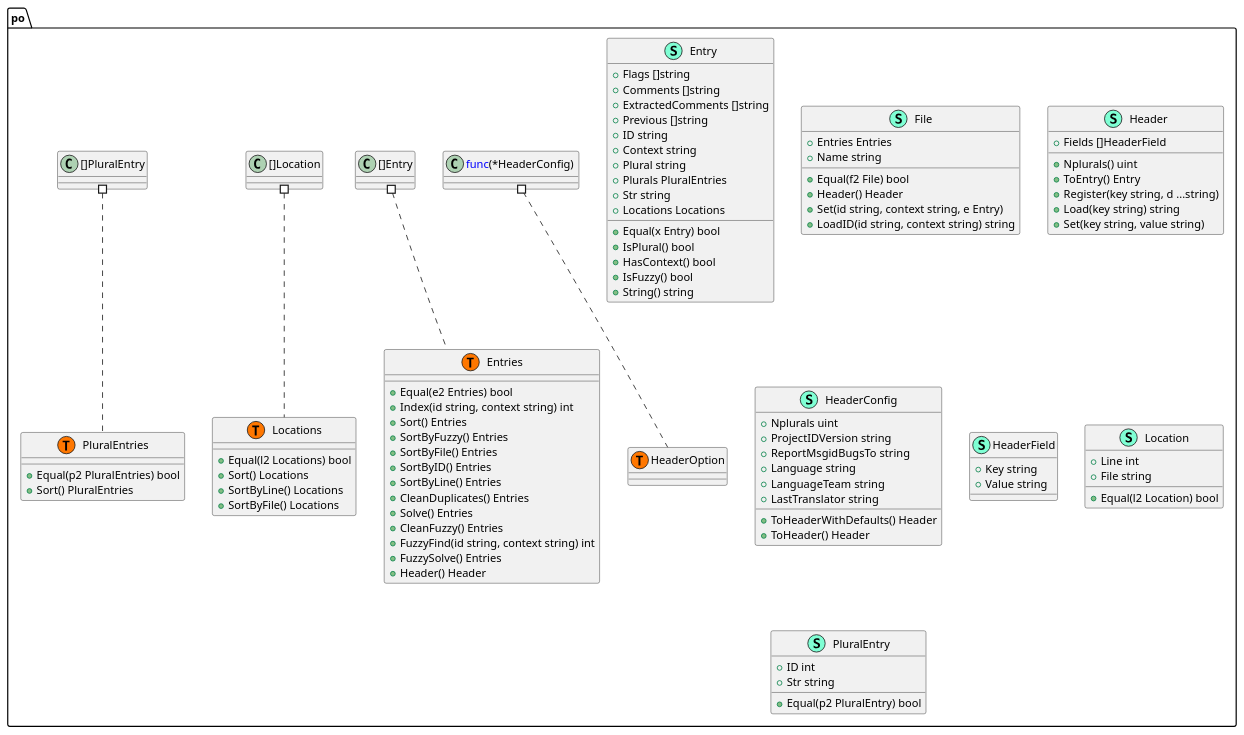
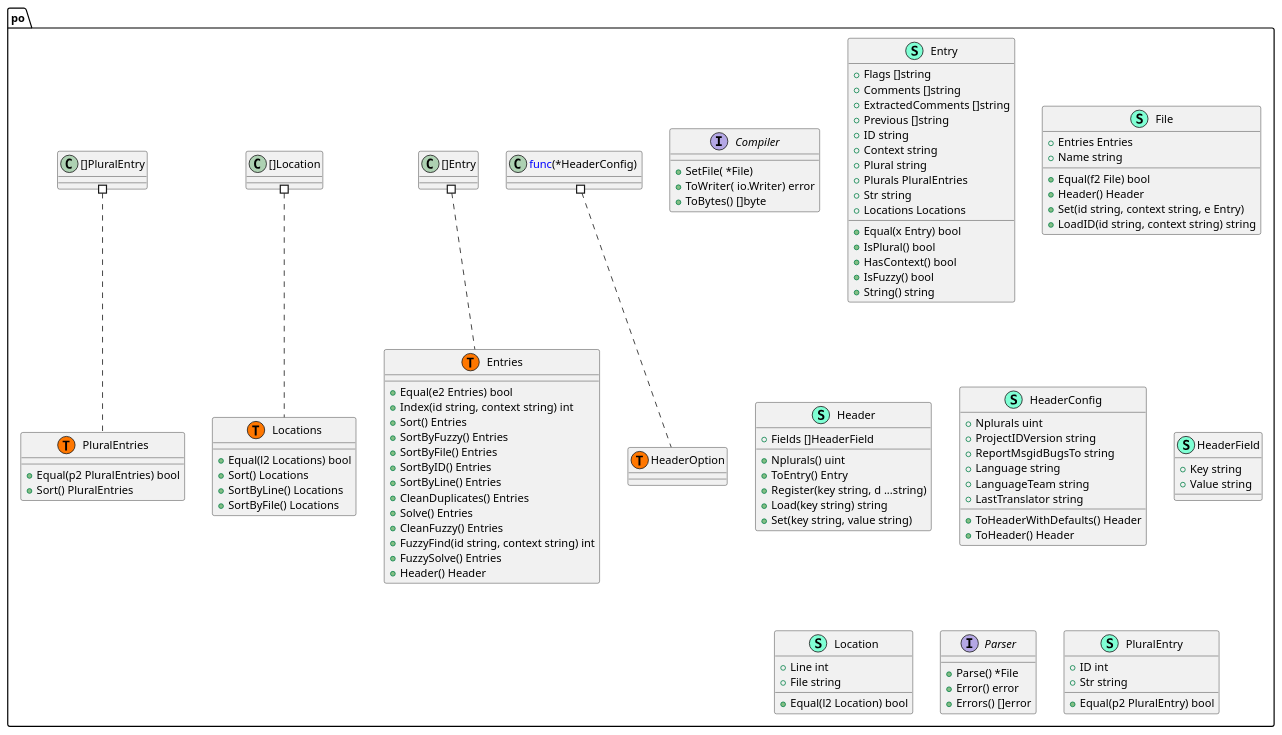
The diagram in pkg/po/structure.puml (Tom5521/gotext-tools), drawn with PlantUML before and after one commit. The commit also changed 8 other files, not shown here.

Commit message:
docs: Update UML files

```diff
--- a/pkg/po/structure.puml
+++ b/pkg/po/structure.puml
@@ -1,116 +1,128 @@
 @startuml
 namespace po {
+    interface Compiler  {
+        + SetFile( *File) 
+        + ToWriter( io.Writer) error
+        + ToBytes() []byte
+
+    }
     class Entries << (S,Aquamarine) >> {
         + Equal(e2 Entries) bool
         + Index(id string, context string) int
         + Sort() Entries
         + SortByFuzzy() Entries
         + SortByFile() Entries
         + SortByID() Entries
         + SortByLine() Entries
         + CleanDuplicates() Entries
         + Solve() Entries
         + CleanFuzzy() Entries
         + FuzzyFind(id string, context string) int
         + FuzzySolve() Entries
         + Header() Header
 
     }
     class Entry << (S,Aquamarine) >> {
         + Flags []string
         + Comments []string
         + ExtractedComments []string
         + Previous []string
         + ID string
         + Context string
         + Plural string
         + Plurals PluralEntries
         + Str string
         + Locations Locations
 
         + Equal(x Entry) bool
         + IsPlural() bool
         + HasContext() bool
         + IsFuzzy() bool
         + String() string
 
     }
     class File << (S,Aquamarine) >> {
         + Entries Entries
         + Name string
 
         + Equal(f2 File) bool
         + Header() Header
         + Set(id string, context string, e Entry) 
         + LoadID(id string, context string) string
 
     }
     class Header << (S,Aquamarine) >> {
         + Fields []HeaderField
 
         + Nplurals() uint
         + ToEntry() Entry
         + Register(key string, d ...string) 
         + Load(key string) string
         + Set(key string, value string) 
 
     }
     class HeaderConfig << (S,Aquamarine) >> {
         + Nplurals uint
         + ProjectIDVersion string
         + ReportMsgidBugsTo string
         + Language string
         + LanguageTeam string
         + LastTranslator string
 
         + ToHeaderWithDefaults() Header
         + ToHeader() Header
 
     }
     class HeaderField << (S,Aquamarine) >> {
         + Key string
         + Value string
 
     }
     class Location << (S,Aquamarine) >> {
         + Line int
         + File string
 
         + Equal(l2 Location) bool
 
     }
     class Locations << (S,Aquamarine) >> {
         + Equal(l2 Locations) bool
         + Sort() Locations
         + SortByLine() Locations
         + SortByFile() Locations
 
     }
+    interface Parser  {
+        + Parse() *File
+        + Error() error
+        + Errors() []error
+
+    }
     class PluralEntries << (S,Aquamarine) >> {
         + Equal(p2 PluralEntries) bool
         + Sort() PluralEntries
 
     }
     class PluralEntry << (S,Aquamarine) >> {
         + ID int
         + Str string
 
         + Equal(p2 PluralEntry) bool
 
     }
     class po.Entries << (T, #FF7700) >>  {
     }
     class po.HeaderOption << (T, #FF7700) >>  {
     }
     class po.Locations << (T, #FF7700) >>  {
     }
     class po.PluralEntries << (T, #FF7700) >>  {
     }
 }
 
 
 "po.<font color=blue>func</font>(*HeaderConfig) " #.. "po.HeaderOption"
 "po.[]Entry" #.. "po.Entries"
 "po.[]Location" #.. "po.Locations"
 "po.[]PluralEntry" #.. "po.PluralEntries"
 @enduml
```
